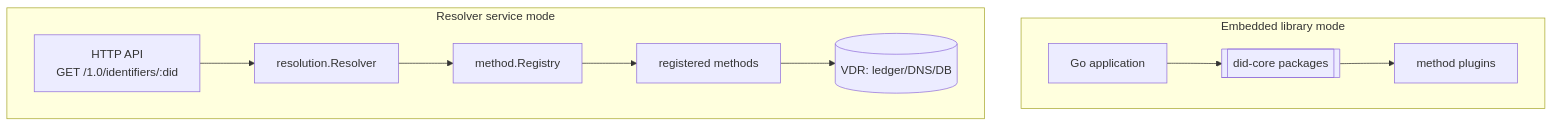
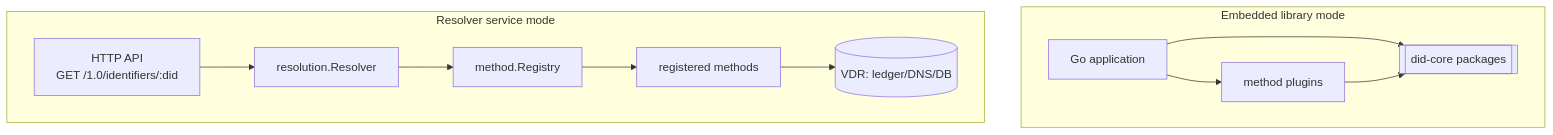
Before and after one commit to SAGE-X-project/did-go: the third of 3 diagrams in docs/03-component-diagram.md, drawn with Mermaid. The commit also changed other lines of this file and 13 other files, not shown here.

````diff
--- a/docs/03-component-diagram.md
+++ b/docs/03-component-diagram.md
@@ -121,16 +126,17 @@
 ```mermaid
 flowchart TB
     subgraph clientlib["Embedded library mode"]
         A1[Go application]
         A1 --> CORELIB[[did-core packages]]
-        CORELIB --> ADPT1[method plugins]
+        A1 --> ADPT1[method plugins]
+        ADPT1 --> CORELIB
     end
 
     subgraph service["Resolver service mode"]
         HTTP[HTTP API<br/>GET /1.0/identifiers/:did]
         HTTP --> RSVC[resolution.Resolver]
         RSVC --> REG[method.Registry]
         REG --> MDRV[registered methods]
         MDRV --> VDRS[("VDR: ledger/DNS/DB")]
     end
 ```
````
